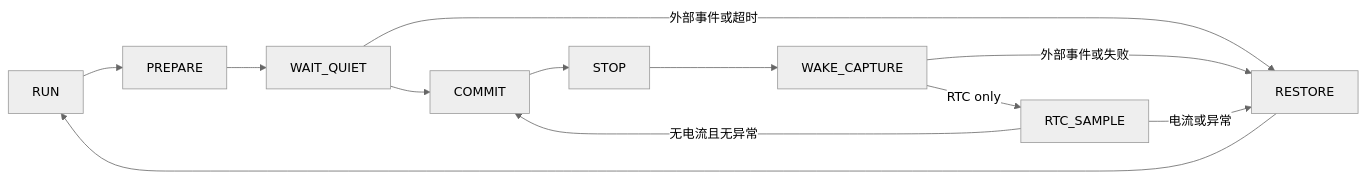
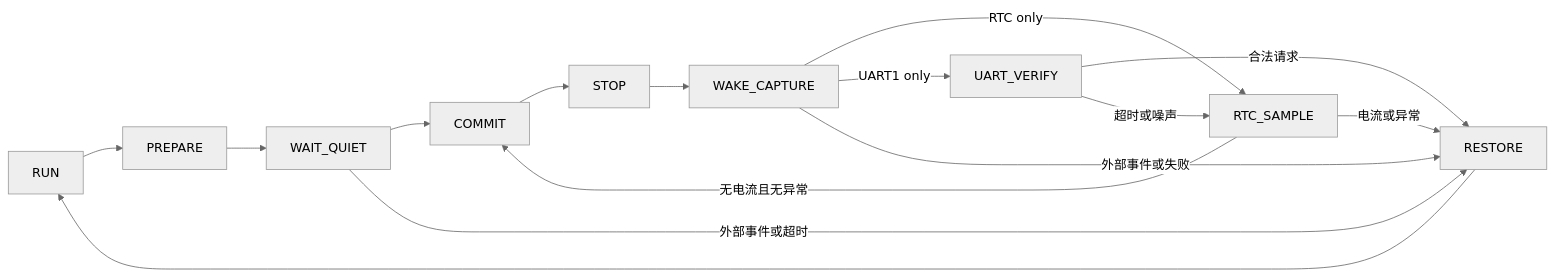
The diagram in docs/LOW_POWER_FRAMEWORK.md (CS19970929/103-309-template), drawn with Mermaid (neutral theme) before and after one commit. The commit also changed other lines of this file and 16 other files, not shown here.

First line of the commit message:
fix: validate powered UART1 wake candidates before leaving RTC sleep

````diff
--- a/docs/LOW_POWER_FRAMEWORK.md
+++ b/docs/LOW_POWER_FRAMEWORK.md
@@ -18,11 +23,14 @@
 ```mermaid
 flowchart LR
   RUN --> PREPARE --> WAIT_QUIET --> COMMIT --> STOP
   STOP --> WAKE_CAPTURE
   WAKE_CAPTURE -->|RTC only| RTC_SAMPLE
+  WAKE_CAPTURE -->|UART1 only| UART_VERIFY
+  UART_VERIFY -->|合法请求| RESTORE
+  UART_VERIFY -->|超时或噪声| RTC_SAMPLE
   RTC_SAMPLE -->|无电流且无异常| COMMIT
   WAIT_QUIET -->|外部事件或超时| RESTORE
   WAKE_CAPTURE -->|外部事件或失败| RESTORE
   RTC_SAMPLE -->|电流或异常| RESTORE
   RESTORE --> RUN
 ```
````
